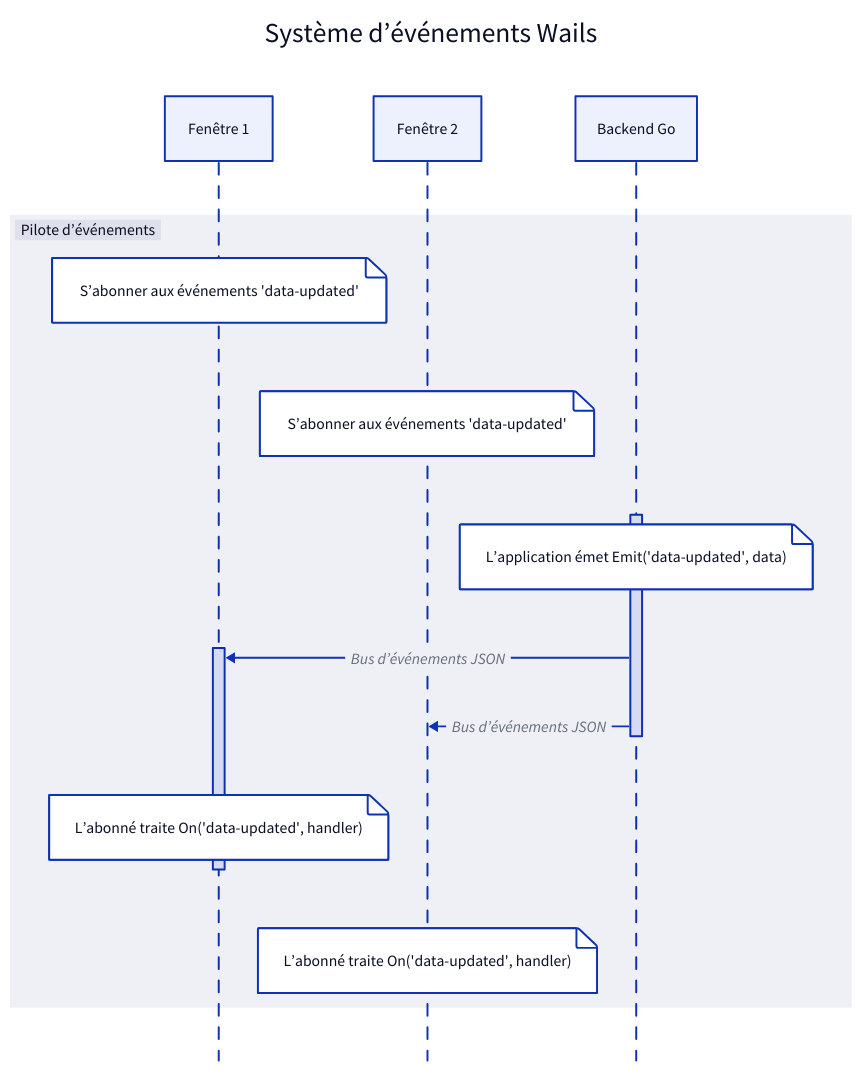
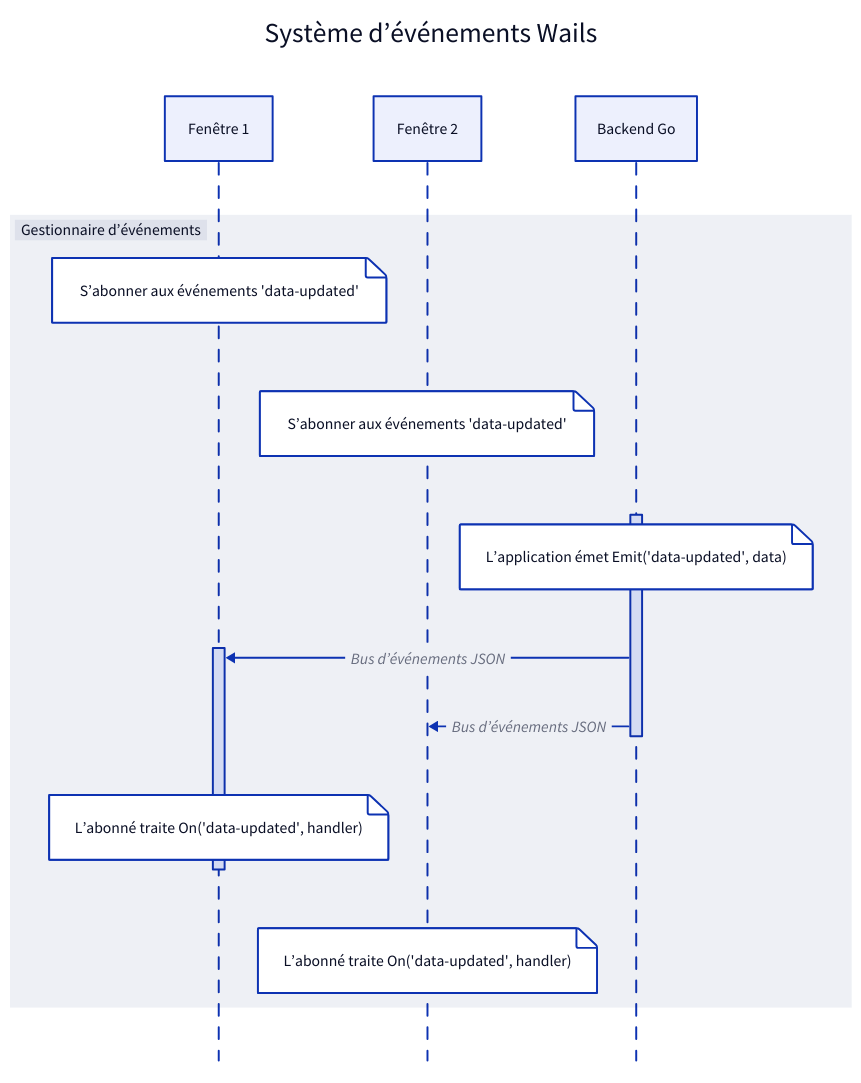
One commit to wailsapp/wails changed the third of 8 diagrams in docs/mpress/content/fr/concepts/architecture.md. Above: the diagram before and after it, drawn with D2. The commit also changed other lines of this file and 1096 other files, not shown here.

````diff
--- a/docs/mpress/content/fr/concepts/architecture.md
+++ b/docs/mpress/content/fr/concepts/architecture.md
@@ -204,24 +204,24 @@
 ```d2
 direction: left
 
 Wails Event System: Système d’événements Wails {
   shape: sequence_diagram
 
   window1: Fenêtre 1
   window2: Fenêtre 2
   backend: Backend Go
 
-  Event Driver: Pilote d’événements {
+  Event Driver: Gestionnaire d’événements {
     shape: sequence_diagram
     window1."Subscribe to 'data-updated' events": "S’abonner aux événements 'data-updated'"
     window2."Subscribe to 'data-updated' events": "S’abonner aux événements 'data-updated'"
     backend.a."App Emit('data-updated', data)": "L’application émet Emit('data-updated', data)"
     backend.a -> window1.a: Bus d’événements JSON
     backend.a -> window2: Bus d’événements JSON
     window1.a."Subscriber processes On('data-updated', handler)": "L’abonné traite On('data-updated', handler)"
     window2."Subscriber processes On('data-updated', handler)": "L’abonné traite On('data-updated', handler)"
   }
   backend.a.label: a
   window1.a.label: a
 }
 ```
````
